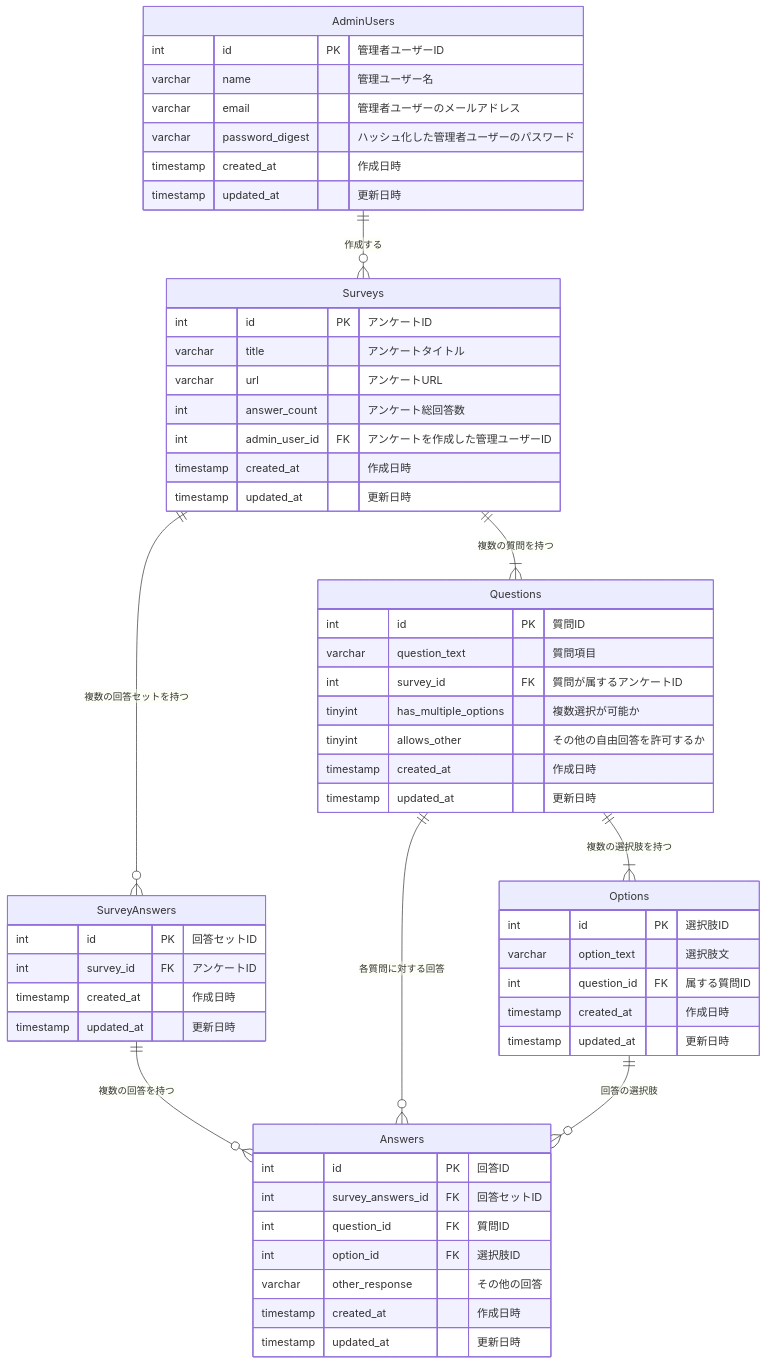
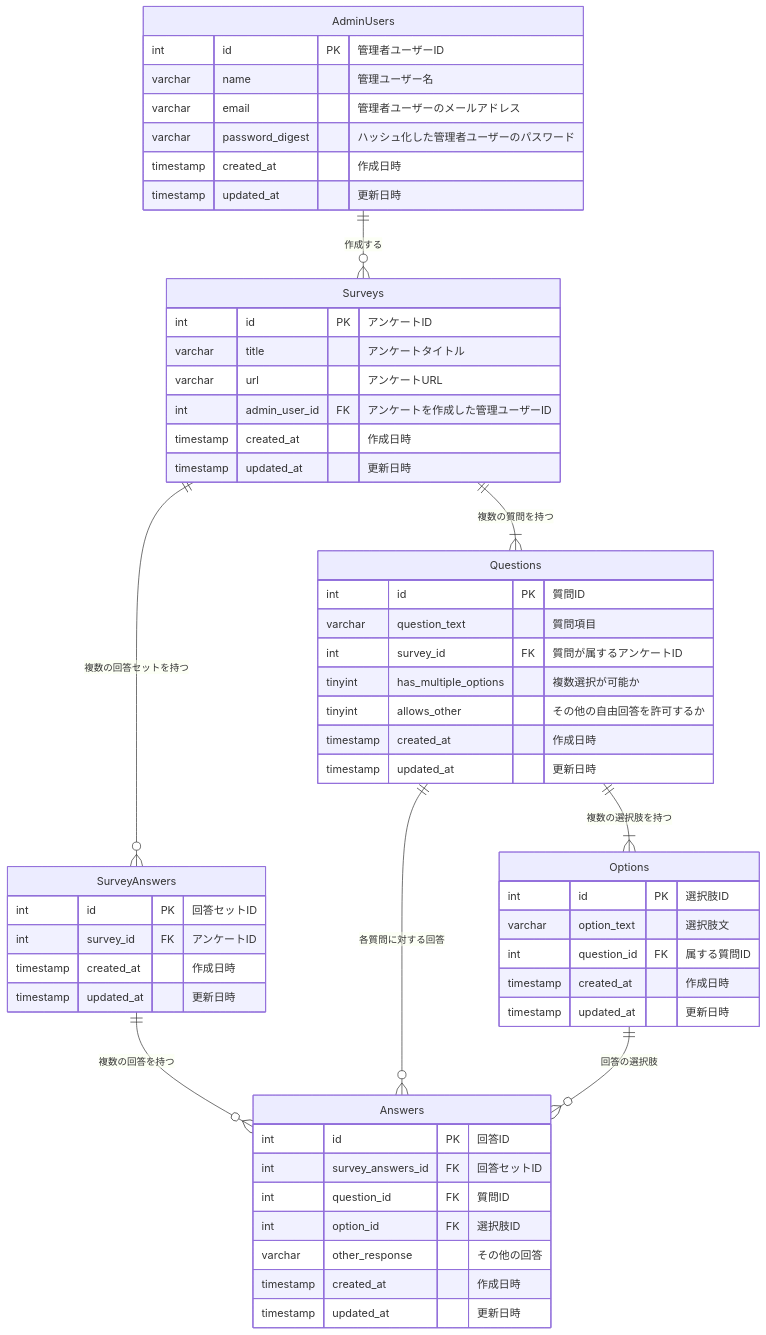
The diagram in README.md (yamatowani/questionnaire-system), drawn with Mermaid before and after one commit. The commit also changed 1 other file, not shown here.

Commit message:
delete: answer_count from surveys

````diff
--- a/README.md
+++ b/README.md
@@ -196,66 +196,65 @@
 ```mermaid
 erDiagram
 
     AdminUsers {
         int id PK "管理者ユーザーID"
         varchar name "管理ユーザー名"
         varchar email "管理者ユーザーのメールアドレス"
         varchar password_digest "ハッシュ化した管理者ユーザーのパスワード"
         timestamp created_at "作成日時"
         timestamp updated_at "更新日時"
     }
 
     Surveys {
         int id PK "アンケートID"
         varchar title "アンケートタイトル"
         varchar url "アンケートURL"
-        int     answer_count "アンケート総回答数"
         int admin_user_id FK "アンケートを作成した管理ユーザーID"
         timestamp created_at "作成日時"
         timestamp updated_at "更新日時"
     }
 
     Questions {
         int id PK "質問ID"
         varchar question_text "質問項目"
         int survey_id FK "質問が属するアンケートID"
         tinyint has_multiple_options "複数選択が可能か"
         tinyint allows_other "その他の自由回答を許可するか"
         timestamp created_at "作成日時"
         timestamp updated_at "更新日時"
     }
 
     Options {
         int id PK "選択肢ID"
         varchar option_text "選択肢文"
         int question_id FK "属する質問ID"
         timestamp created_at "作成日時"
         timestamp updated_at "更新日時"
     }
 
     SurveyAnswers {
       int id PK "回答セットID"
       int survey_id FK "アンケートID"
       timestamp created_at "作成日時"
       timestamp updated_at "更新日時"
     }
 
     Answers {
         int id PK "回答ID"
         int survey_answers_id FK "回答セットID"
         int question_id FK "質問ID"
         int option_id FK "選択肢ID"
         varchar other_response "その他の回答"
         timestamp created_at "作成日時"
         timestamp updated_at "更新日時"
     }
     
     %% リレーションシップ
     AdminUsers ||--o{ Surveys : "作成する"
     Surveys ||--|{ Questions : "複数の質問を持つ"
     Questions ||--|{ Options : "複数の選択肢を持つ"
     SurveyAnswers ||--o{ Answers : "複数の回答を持つ"
     Surveys ||--o{ SurveyAnswers : "複数の回答セットを持つ"
     Questions ||--o{ Answers : "各質問に対する回答"
     Options ||--o{ Answers : "回答の選択肢"
 ```
````
